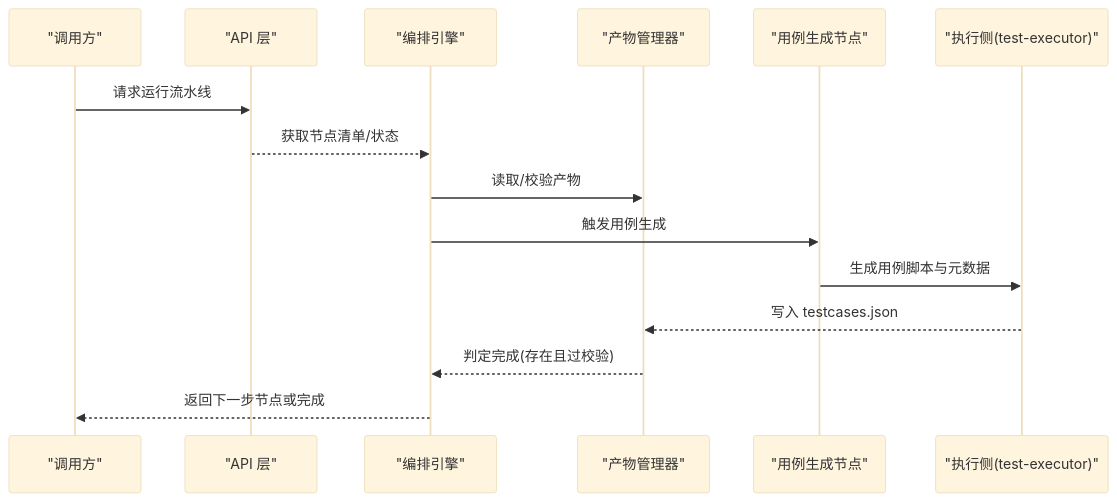
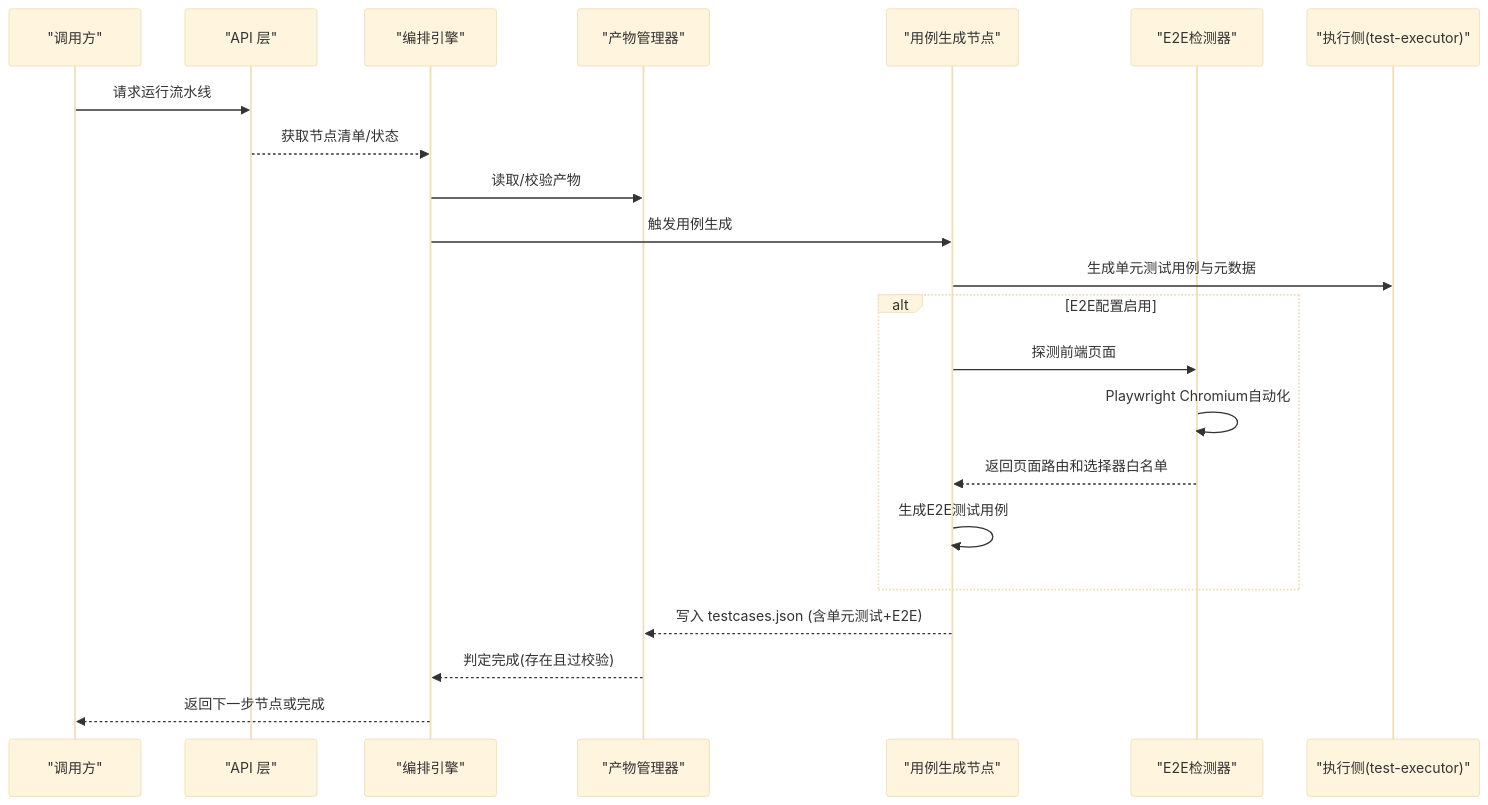
The second of 5 diagrams in .qoder/repowiki/zh/content/流水线工作流/用例生成节点.md (Joeyzheng001/LLM-AutoTest), drawn with Mermaid (base theme) before and after one commit. The commit also changed other lines of this file and 94 other files, not shown here.

````diff
--- a/.qoder/repowiki/zh/content/流水线工作流/用例生成节点.md
+++ b/.qoder/repowiki/zh/content/流水线工作流/用例生成节点.md
@@ -84,17 +104,24 @@
 ```mermaid
 sequenceDiagram
 participant U as "调用方"
 participant API as "API 层"
 participant ENG as "编排引擎"
 participant ART as "产物管理器"
 participant GEN as "用例生成节点"
+participant E2E as "E2E检测器"
 participant EXEC as "执行侧(test-executor)"
 U->>API : 请求运行流水线
 API-->>ENG : 获取节点清单/状态
 ENG->>ART : 读取/校验产物
 ENG->>GEN : 触发用例生成
-GEN->>EXEC : 生成用例脚本与元数据
-EXEC-->>ART : 写入 testcases.json
+GEN->>EXEC : 生成单元测试用例与元数据
+alt E2E配置启用
+GEN->>E2E : 探测前端页面
+E2E->>E2E : Playwright Chromium自动化
+E2E-->>GEN : 返回页面路由和选择器白名单
+GEN->>GEN : 生成E2E测试用例
+end
+GEN-->>ART : 写入 testcases.json (含单元测试+E2E)
 ART-->>ENG : 判定完成(存在且过校验)
 ENG-->>U : 返回下一步节点或完成
 ```
````
